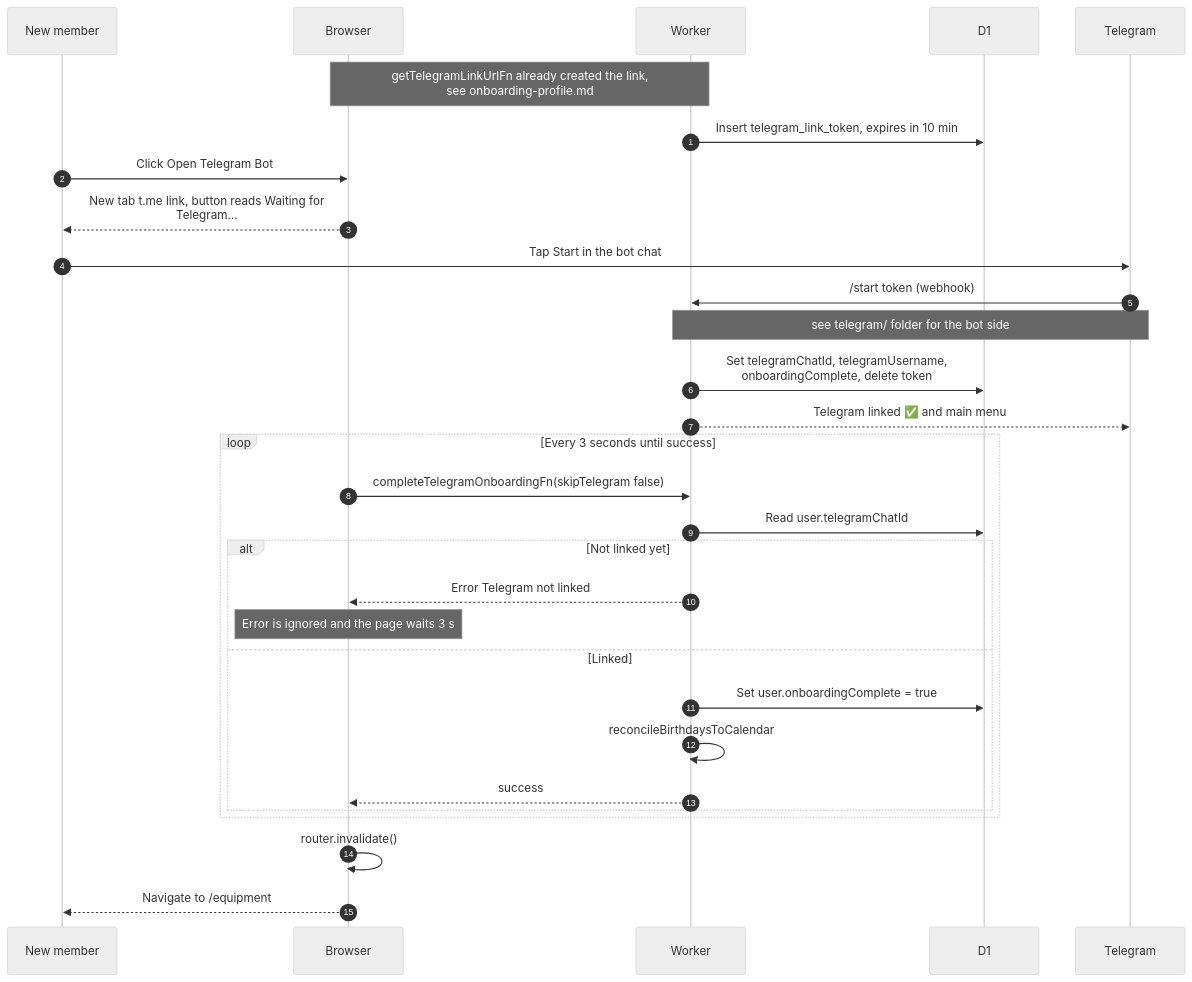
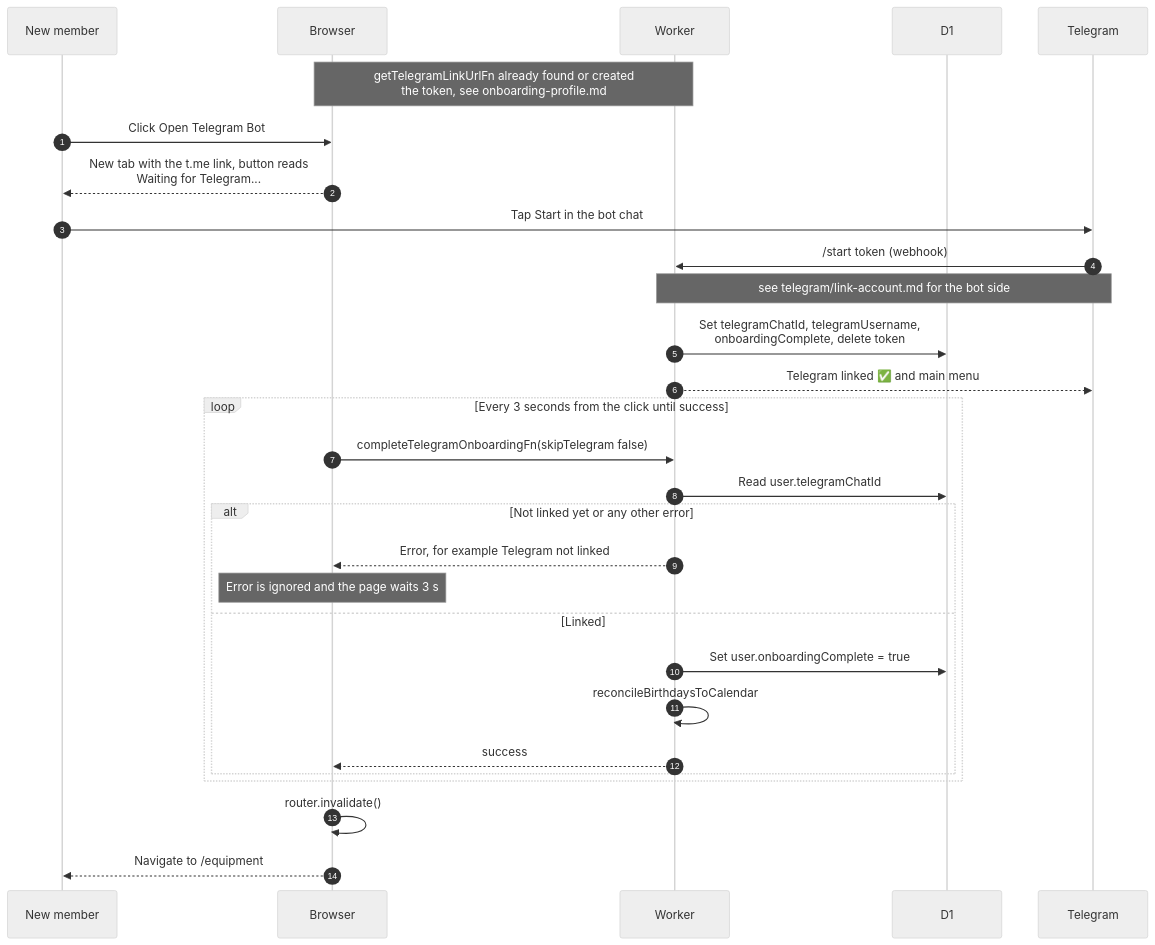
The diagram in docs/scenarios/account/onboarding-telegram.md (sagyzdop/meriksirat), drawn with Mermaid (neutral theme) before and after one commit. The commit also changed other lines of this file and 12 other files, not shown here.

Commit message:
docs(scenarios): verify account diagrams against the code

````diff
--- a/docs/scenarios/account/onboarding-telegram.md
+++ b/docs/scenarios/account/onboarding-telegram.md
@@ -25,32 +28,31 @@
 ```mermaid
 sequenceDiagram
     autonumber
     participant P as New member
     participant B as Browser
     participant W as Worker
     participant D as D1
     participant T as Telegram
-    Note over B,W: getTelegramLinkUrlFn already created the link,<br/>see onboarding-profile.md
-    W->>D: Insert telegram_link_token, expires in 10 min
+    Note over B,W: getTelegramLinkUrlFn already found or created<br/>the token, see onboarding-profile.md
     P->>B: Click Open Telegram Bot
-    B-->>P: New tab t.me link, button reads Waiting for<br/>Telegram...
+    B-->>P: New tab with the t.me link, button reads<br/>Waiting for Telegram...
     P->>T: Tap Start in the bot chat
     T->>W: /start token (webhook)
-    Note over T,W: see telegram/ folder for the bot side
+    Note over T,W: see telegram/link-account.md for the bot side
     W->>D: Set telegramChatId, telegramUsername,<br/>onboardingComplete, delete token
     W-->>T: Telegram linked ✅ and main menu
-    loop Every 3 seconds until success
+    loop Every 3 seconds from the click until success
         B->>W: completeTelegramOnboardingFn(skipTelegram false)
         W->>D: Read user.telegramChatId
-        alt Not linked yet
-            W-->>B: Error Telegram not linked
+        alt Not linked yet or any other error
+            W-->>B: Error, for example Telegram not linked
             Note over B: Error is ignored and the page waits 3 s
         else Linked
             W->>D: Set user.onboardingComplete = true
             W->>W: reconcileBirthdaysToCalendar
             W-->>B: success
         end
     end
     B->>B: router.invalidate()
     B-->>P: Navigate to /equipment
 ```
````
